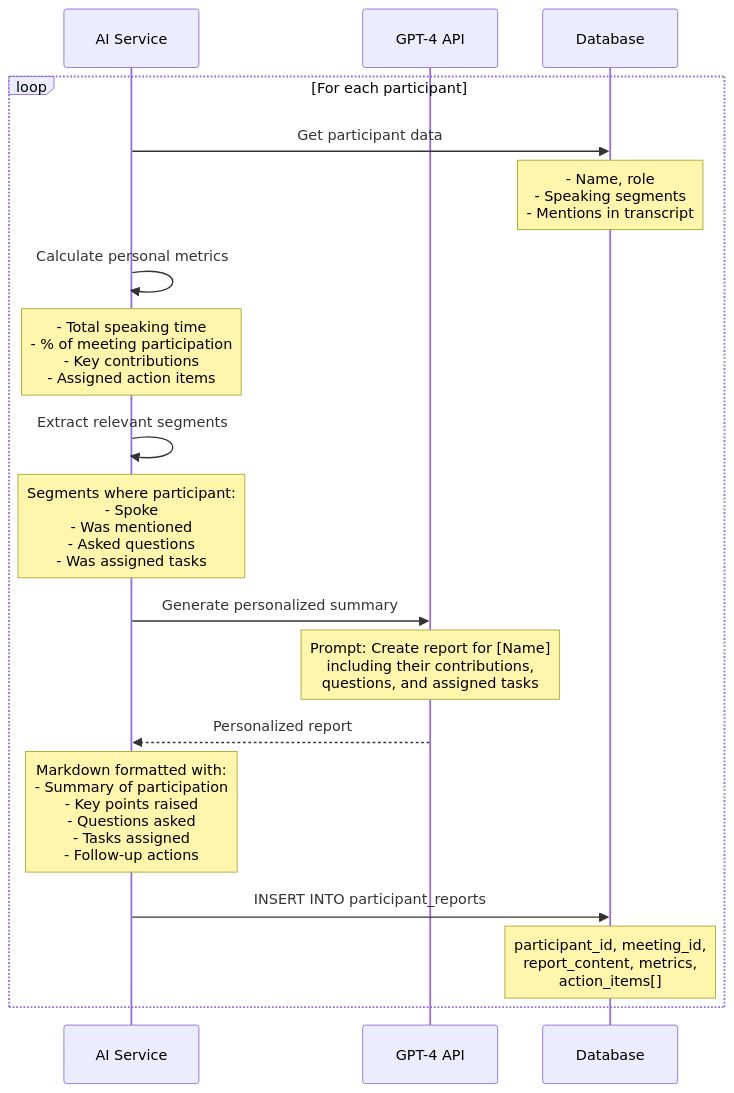
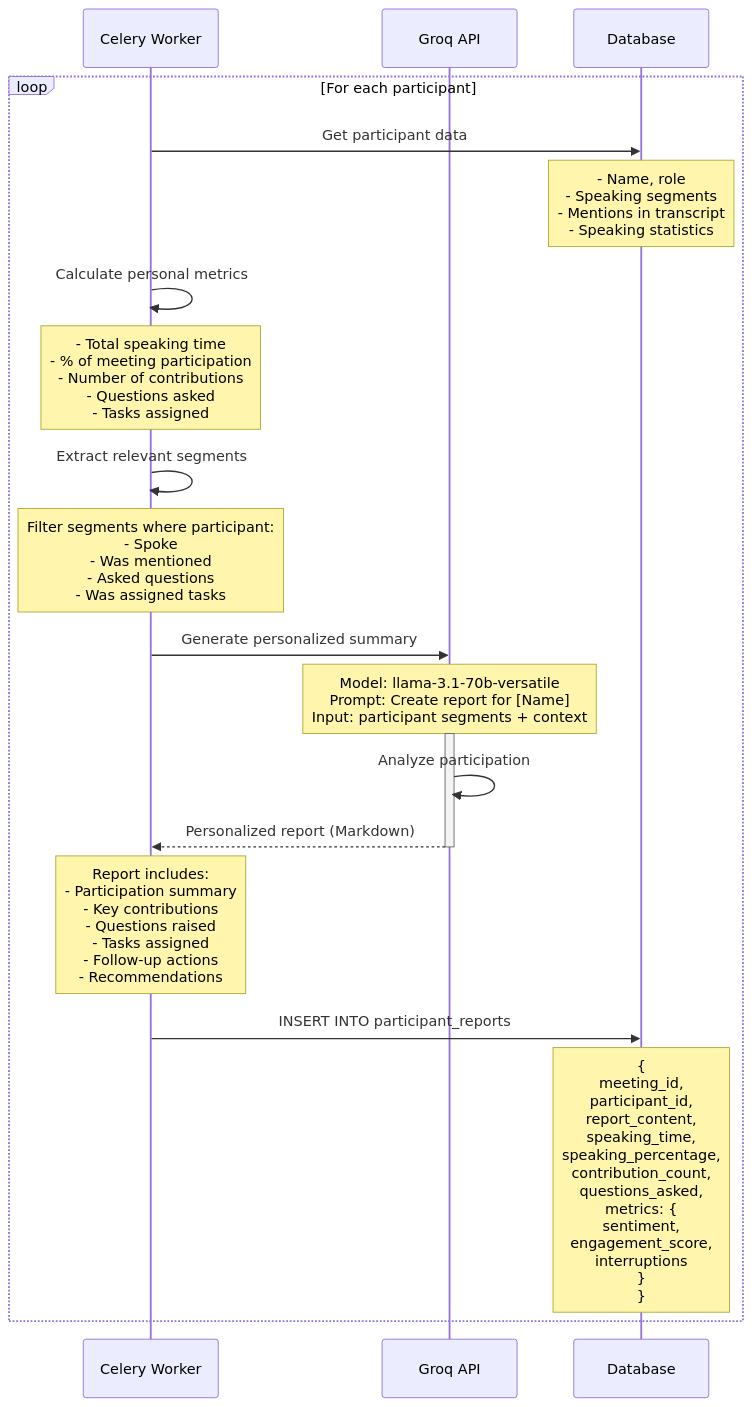
One commit to meeting-assistant-team/meeting-assistant changed the fourth of 6 diagrams in docs/04-ai-analysis-flow.md. Above: the diagram before and after it, drawn with Mermaid. The commit also changed other lines of this file and 17 other files, not shown here.

````diff
--- a/docs/04-ai-analysis-flow.md
+++ b/docs/04-ai-analysis-flow.md
@@ -200,26 +341,30 @@
 ```mermaid
 sequenceDiagram
-    participant AI as AI Service
-    participant G as GPT-4 API
+    participant CW as Celery Worker
+    participant GQ as Groq API
     participant DB as Database
     
     loop For each participant
-        AI->>DB: Get participant data
-        Note over DB: - Name, role<br/>- Speaking segments<br/>- Mentions in transcript
+        CW->>DB: Get participant data
+        Note over DB: - Name, role<br/>- Speaking segments<br/>- Mentions in transcript<br/>- Speaking statistics
         
-        AI->>AI: Calculate personal metrics
-        Note over AI: - Total speaking time<br/>- % of meeting participation<br/>- Key contributions<br/>- Assigned action items
+        CW->>CW: Calculate personal metrics
+        Note over CW: - Total speaking time<br/>- % of meeting participation<br/>- Number of contributions<br/>- Questions asked<br/>- Tasks assigned
         
-        AI->>AI: Extract relevant segments
-        Note over AI: Segments where participant:<br/>- Spoke<br/>- Was mentioned<br/>- Asked questions<br/>- Was assigned tasks
+        CW->>CW: Extract relevant segments
+        Note over CW: Filter segments where participant:<br/>- Spoke<br/>- Was mentioned<br/>- Asked questions<br/>- Was assigned tasks
         
-        AI->>G: Generate personalized summary
-        Note over G: Prompt: Create report for [Name]<br/>including their contributions,<br/>questions, and assigned tasks
+        CW->>GQ: Generate personalized summary
+        Note over GQ: Model: llama-3.1-70b-versatile<br/>Prompt: Create report for [Name]<br/>Input: participant segments + context
         
-        G-->>AI: Personalized report
-        Note over AI: Markdown formatted with:<br/>- Summary of participation<br/>- Key points raised<br/>- Questions asked<br/>- Tasks assigned<br/>- Follow-up actions
+        activate GQ
+        GQ->>GQ: Analyze participation
+        GQ-->>CW: Personalized report (Markdown)
+        deactivate GQ
         
-        AI->>DB: INSERT INTO participant_reports
-        Note over DB: participant_id, meeting_id,<br/>report_content, metrics,<br/>action_items[]
+        Note over CW: Report includes:<br/>- Participation summary<br/>- Key contributions<br/>- Questions raised<br/>- Tasks assigned<br/>- Follow-up actions<br/>- Recommendations
+        
+        CW->>DB: INSERT INTO participant_reports
+        Note over DB: {<br/>  meeting_id,<br/>  participant_id,<br/>  report_content,<br/>  speaking_time,<br/>  speaking_percentage,<br/>  contribution_count,<br/>  questions_asked,<br/>  metrics: {<br/>    sentiment,<br/>    engagement_score,<br/>    interruptions<br/>  }<br/>}
     end
 ```
````
